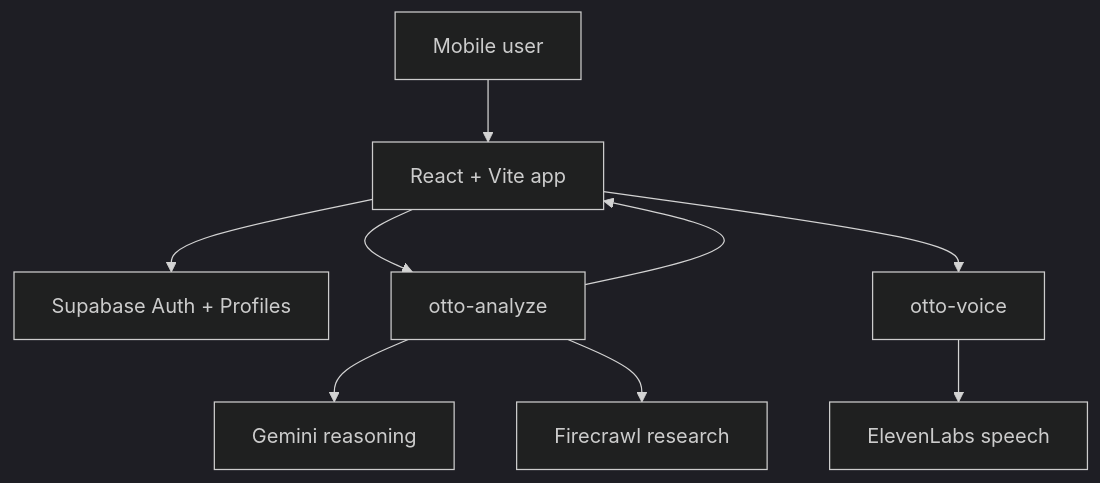
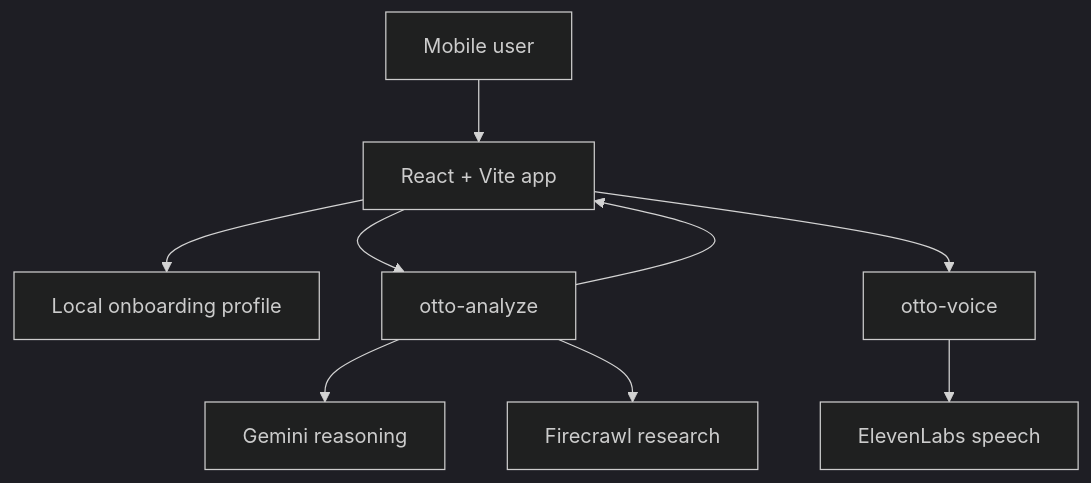
The diagram in README.md (Manoj7ar/Otto), drawn with Mermaid (dark theme) before and after one commit. The commit also changed other lines of this file and 15 other files, not shown here.

Commit message:
Remove auth and move Otto profile local

````diff
--- a/README.md
+++ b/README.md
@@ -64,11 +64,11 @@
 ```mermaid
 flowchart TD
     A[Mobile user] --> B[React + Vite app]
-    B --> C[Supabase Auth + Profiles]
+    B --> C[Local onboarding profile]
     B --> D[otto-analyze]
     D --> E[Gemini reasoning]
     D --> F[Firecrawl research]
     D --> B
     B --> G[otto-voice]
     G --> H[ElevenLabs speech]
 ```
````
